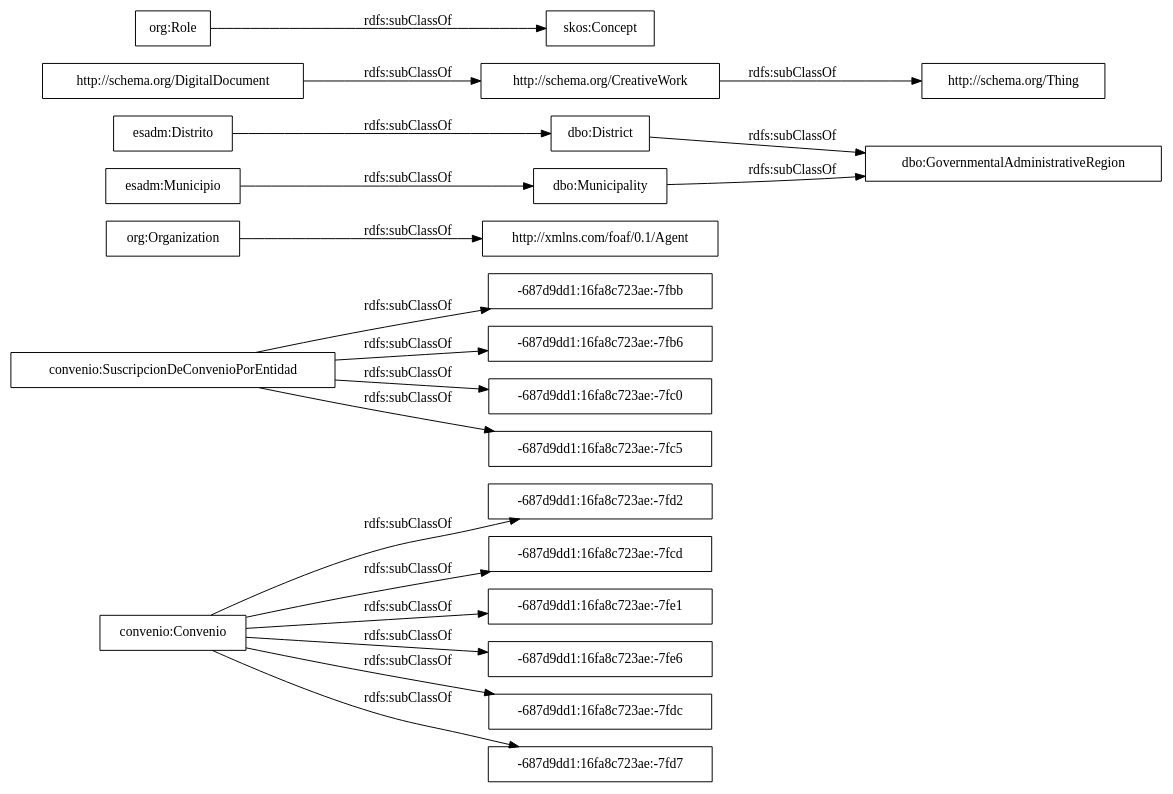
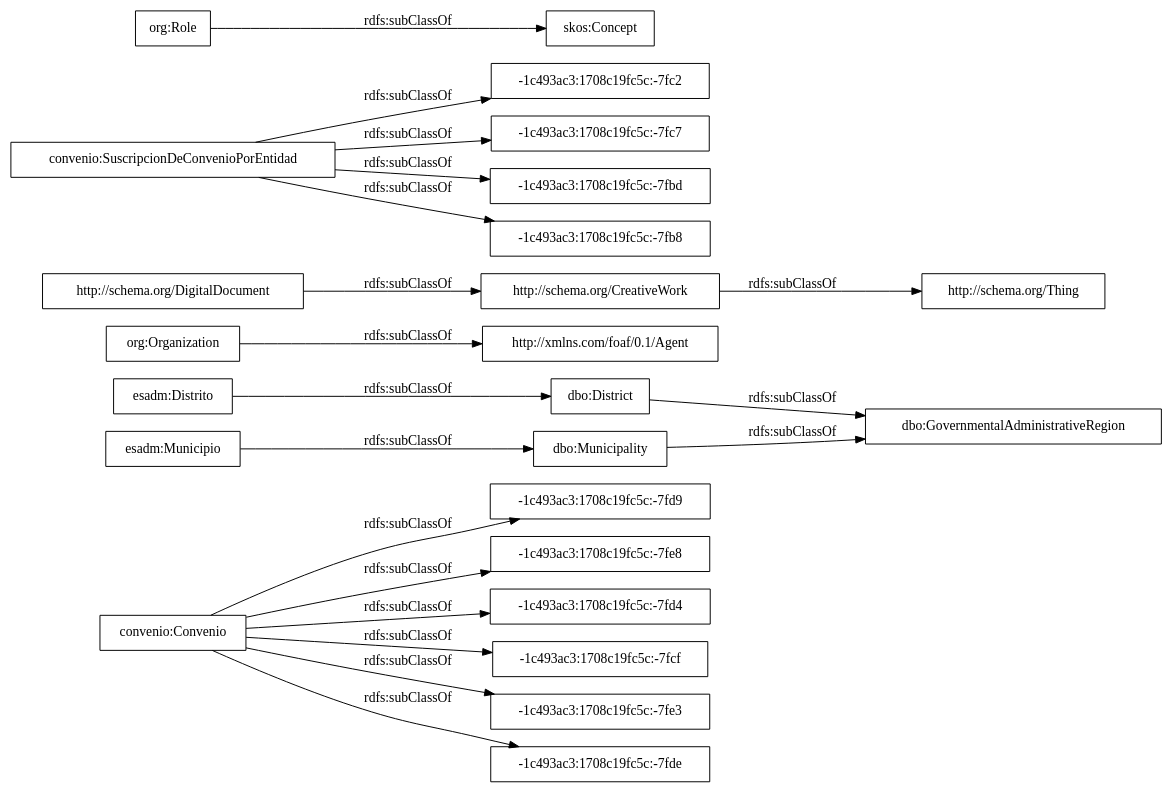
Before and after one commit to opencitydata/sector-publico-convenio-old: the diagram in OnToology/ontology/convenio.owl/diagrams/ar2dtool-taxonomy/convenio.owl.png.dot, drawn with Graphviz. The commit also changed 14 other files, not shown here.

```diff
--- a/OnToology/ontology/convenio.owl/diagrams/ar2dtool-taxonomy/convenio.owl.png.dot
+++ b/OnToology/ontology/convenio.owl/diagrams/ar2dtool-taxonomy/convenio.owl.png.dot
@@ -1,24 +1,24 @@
 digraph ar2dtool_diagram { 
 rankdir=LR;
 size="1000"
-node [shape = rectangle, color="black"]; "convenio:Convenio" "-687d9dd1:16fa8c723ae:-7fbb" "-687d9dd1:16fa8c723ae:-7fd2" "http://xmlns.com/foaf/0.1/Agent" "dbo:GovernmentalAdministrativeRegion" "-687d9dd1:16fa8c723ae:-7fcd" "-687d9dd1:16fa8c723ae:-7fe1" "http://schema.org/CreativeWork" "-687d9dd1:16fa8c723ae:-7fb6" "dbo:District" "-687d9dd1:16fa8c723ae:-7fe6" "-687d9dd1:16fa8c723ae:-7fc0" "-687d9dd1:16fa8c723ae:-7fdc" "convenio:SuscripcionDeConvenioPorEntidad" "http://schema.org/DigitalDocument" "http://schema.org/Thing" "esadm:Distrito" "dbo:Municipality" "skos:Concept" "esadm:Municipio" "org:Role" "org:Organization" "-687d9dd1:16fa8c723ae:-7fc5" "-687d9dd1:16fa8c723ae:-7fd7" ; /*classes style*/
-	"convenio:Convenio" -> "-687d9dd1:16fa8c723ae:-7fdc" [ label = "rdfs:subClassOf" ];
-	"convenio:Convenio" -> "-687d9dd1:16fa8c723ae:-7fe1" [ label = "rdfs:subClassOf" ];
-	"convenio:Convenio" -> "-687d9dd1:16fa8c723ae:-7fd7" [ label = "rdfs:subClassOf" ];
-	"convenio:Convenio" -> "-687d9dd1:16fa8c723ae:-7fcd" [ label = "rdfs:subClassOf" ];
-	"convenio:Convenio" -> "-687d9dd1:16fa8c723ae:-7fd2" [ label = "rdfs:subClassOf" ];
-	"convenio:Convenio" -> "-687d9dd1:16fa8c723ae:-7fe6" [ label = "rdfs:subClassOf" ];
+node [shape = rectangle, color="black"]; "convenio:Convenio" "-1c493ac3:1708c19fc5c:-7fd9" "dbo:GovernmentalAdministrativeRegion" "http://xmlns.com/foaf/0.1/Agent" "-1c493ac3:1708c19fc5c:-7fe8" "http://schema.org/CreativeWork" "-1c493ac3:1708c19fc5c:-7fc2" "-1c493ac3:1708c19fc5c:-7fd4" "dbo:District" "-1c493ac3:1708c19fc5c:-7fcf" "-1c493ac3:1708c19fc5c:-7fc7" "-1c493ac3:1708c19fc5c:-7fe3" "-1c493ac3:1708c19fc5c:-7fbd" "convenio:SuscripcionDeConvenioPorEntidad" "-1c493ac3:1708c19fc5c:-7fb8" "http://schema.org/DigitalDocument" "http://schema.org/Thing" "esadm:Distrito" "dbo:Municipality" "skos:Concept" "esadm:Municipio" "-1c493ac3:1708c19fc5c:-7fde" "org:Role" "org:Organization" ; /*classes style*/
+	"convenio:Convenio" -> "-1c493ac3:1708c19fc5c:-7fe3" [ label = "rdfs:subClassOf" ];
+	"convenio:Convenio" -> "-1c493ac3:1708c19fc5c:-7fe8" [ label = "rdfs:subClassOf" ];
+	"convenio:Convenio" -> "-1c493ac3:1708c19fc5c:-7fd9" [ label = "rdfs:subClassOf" ];
+	"convenio:Convenio" -> "-1c493ac3:1708c19fc5c:-7fd4" [ label = "rdfs:subClassOf" ];
+	"convenio:Convenio" -> "-1c493ac3:1708c19fc5c:-7fcf" [ label = "rdfs:subClassOf" ];
+	"convenio:Convenio" -> "-1c493ac3:1708c19fc5c:-7fde" [ label = "rdfs:subClassOf" ];
 	"org:Organization" -> "http://xmlns.com/foaf/0.1/Agent" [ label = "rdfs:subClassOf" ];
 	"http://schema.org/CreativeWork" -> "http://schema.org/Thing" [ label = "rdfs:subClassOf" ];
 	"org:Role" -> "skos:Concept" [ label = "rdfs:subClassOf" ];
-	"convenio:SuscripcionDeConvenioPorEntidad" -> "-687d9dd1:16fa8c723ae:-7fc0" [ label = "rdfs:subClassOf" ];
-	"convenio:SuscripcionDeConvenioPorEntidad" -> "-687d9dd1:16fa8c723ae:-7fbb" [ label = "rdfs:subClassOf" ];
-	"convenio:SuscripcionDeConvenioPorEntidad" -> "-687d9dd1:16fa8c723ae:-7fb6" [ label = "rdfs:subClassOf" ];
-	"convenio:SuscripcionDeConvenioPorEntidad" -> "-687d9dd1:16fa8c723ae:-7fc5" [ label = "rdfs:subClassOf" ];
+	"convenio:SuscripcionDeConvenioPorEntidad" -> "-1c493ac3:1708c19fc5c:-7fbd" [ label = "rdfs:subClassOf" ];
+	"convenio:SuscripcionDeConvenioPorEntidad" -> "-1c493ac3:1708c19fc5c:-7fc7" [ label = "rdfs:subClassOf" ];
+	"convenio:SuscripcionDeConvenioPorEntidad" -> "-1c493ac3:1708c19fc5c:-7fc2" [ label = "rdfs:subClassOf" ];
+	"convenio:SuscripcionDeConvenioPorEntidad" -> "-1c493ac3:1708c19fc5c:-7fb8" [ label = "rdfs:subClassOf" ];
 	"esadm:Distrito" -> "dbo:District" [ label = "rdfs:subClassOf" ];
 	"dbo:Municipality" -> "dbo:GovernmentalAdministrativeRegion" [ label = "rdfs:subClassOf" ];
 	"dbo:District" -> "dbo:GovernmentalAdministrativeRegion" [ label = "rdfs:subClassOf" ];
 	"http://schema.org/DigitalDocument" -> "http://schema.org/CreativeWork" [ label = "rdfs:subClassOf" ];
 	"esadm:Municipio" -> "dbo:Municipality" [ label = "rdfs:subClassOf" ];
 
 }
```
